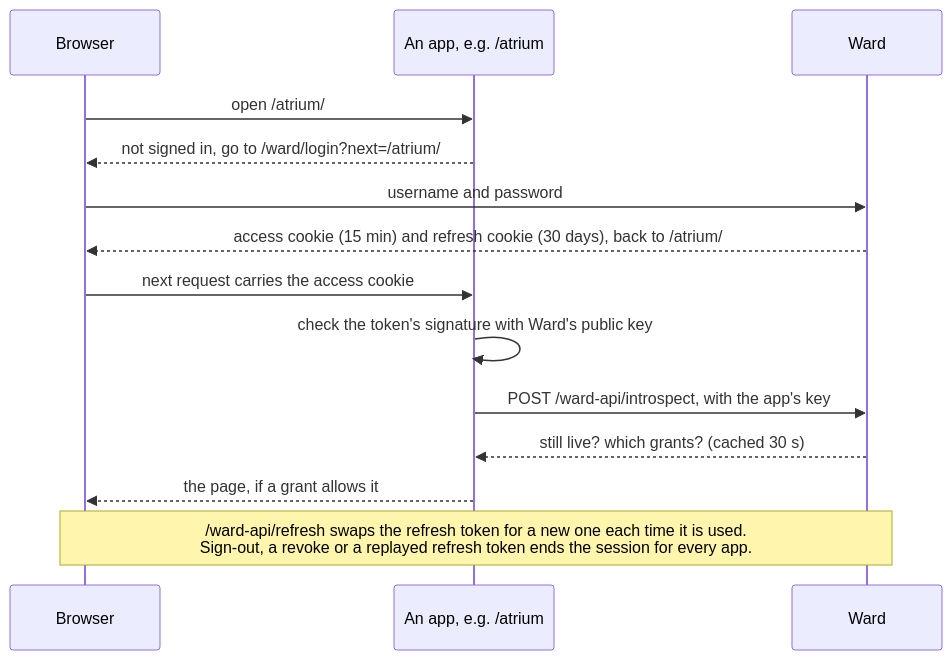
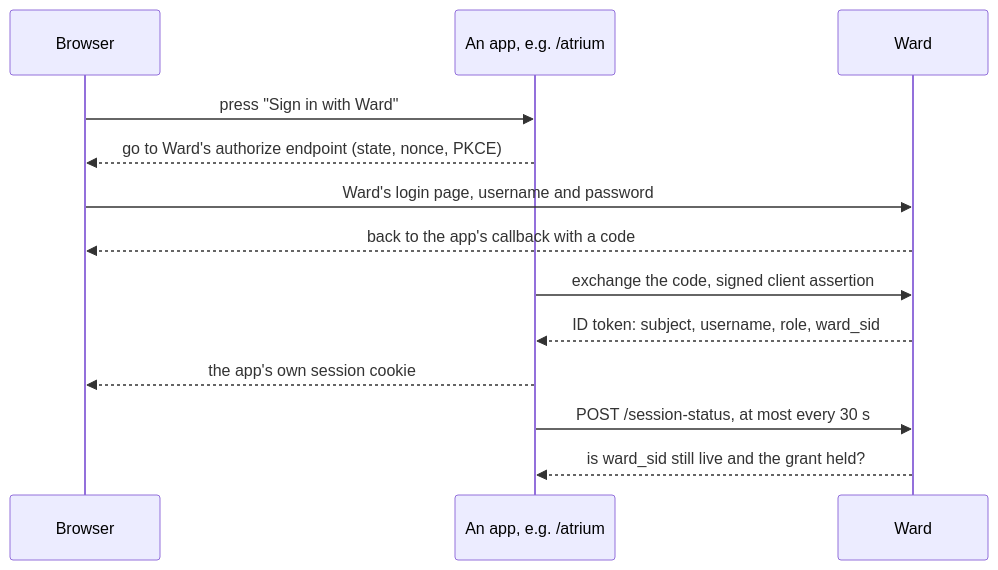
Before and after one commit to gandolh/ward-auth: the diagram in README.md, drawn with Mermaid. The commit also changed other lines of this file and 144 other files, not shown here.

````diff
--- a/README.md
+++ b/README.md
@@ -55,16 +51,15 @@
 ```mermaid
 sequenceDiagram
   participant B as Browser
   participant A as An app, e.g. /atrium
   participant W as Ward
-  B->>A: open /atrium/
-  A-->>B: not signed in, go to /ward/login?next=/atrium/
-  B->>W: username and password
-  W-->>B: access cookie (15 min) and refresh cookie (30 days), back to /atrium/
-  B->>A: next request carries the access cookie
-  A->>A: check the token's signature with Ward's public key
-  A->>W: POST /ward-api/introspect, with the app's key
-  W-->>A: still live? which grants? (cached 30 s)
-  A-->>B: the page, if a grant allows it
-  Note over B,W: /ward-api/refresh swaps the refresh token for a new one each time it is used.<br/>Sign-out, a revoke or a replayed refresh token ends the session for every app.
+  B->>A: press "Sign in with Ward"
+  A-->>B: go to Ward's authorize endpoint (state, nonce, PKCE)
+  B->>W: Ward's login page, username and password
+  W-->>B: back to the app's callback with a code
+  A->>W: exchange the code, signed client assertion
+  W-->>A: ID token: subject, username, role, ward_sid
+  A-->>B: the app's own session cookie
+  A->>W: POST /session-status, at most every 30 s
+  W-->>A: is ward_sid still live and the grant held?
 ```
````
